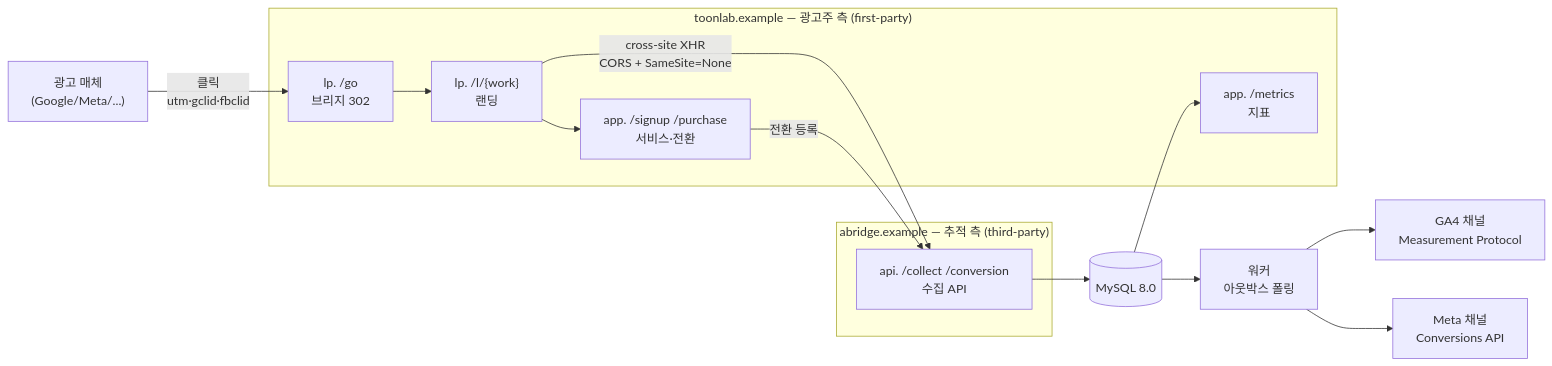
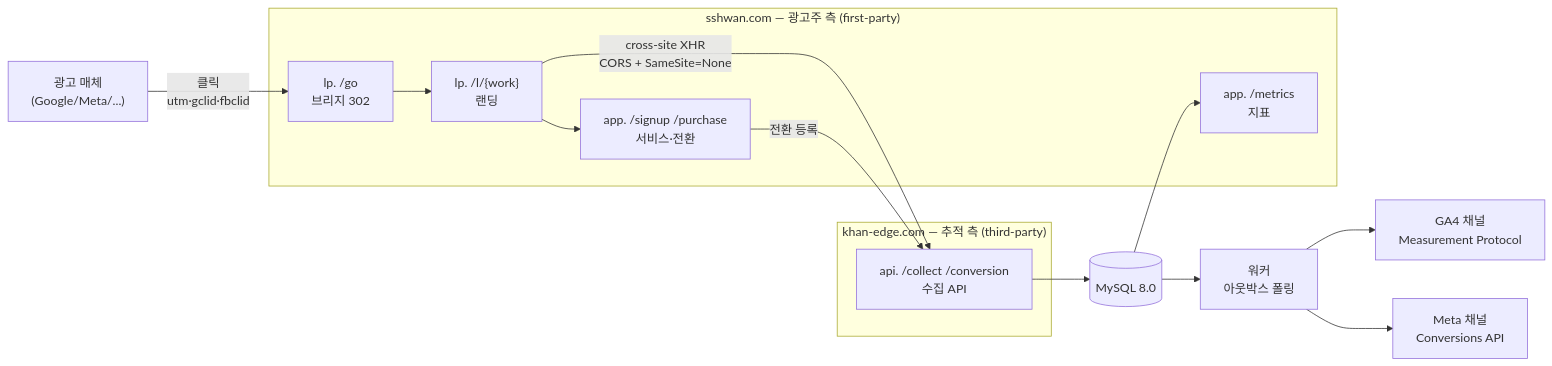
The first of 5 diagrams in docs/architecture.md (http1220/touchpoint), drawn with Mermaid before and after one commit. The commit also changed other lines of this file and 10 other files, not shown here.

First line of the commit message:
도메인 확정 — sshwan.com / khan-edge.com

````diff
--- a/docs/architecture.md
+++ b/docs/architecture.md
@@ -10,25 +10,25 @@
 ```mermaid
 flowchart LR
     AD["광고 매체<br/>(Google/Meta/...)"] -->|"클릭<br/>utm·gclid·fbclid"| BR
 
-    subgraph SHOP["toonlab.example — 광고주 측 (first-party)"]
+    subgraph SHOP["sshwan.com — 광고주 측 (first-party)"]
         BR["lp. /go<br/>브리지 302"]
         LP["lp. /l/{work}<br/>랜딩"]
         APP["app. /signup /purchase<br/>서비스·전환"]
         MET["app. /metrics<br/>지표"]
     end
 
-    subgraph TRACK["abridge.example — 추적 측 (third-party)"]
+    subgraph TRACK["khan-edge.com — 추적 측 (third-party)"]
         API["api. /collect /conversion<br/>수집 API"]
     end
 
     BR --> LP
     LP -->|"cross-site XHR<br/>CORS + SameSite=None"| API
     LP --> APP
     APP -->|"전환 등록"| API
     API --> DB[("MySQL 8.0")]
     DB --> W["워커<br/>아웃박스 폴링"]
     W --> GA["GA4 채널<br/>Measurement Protocol"]
     W --> META["Meta 채널<br/>Conversions API"]
     DB --> MET
 ```
````
